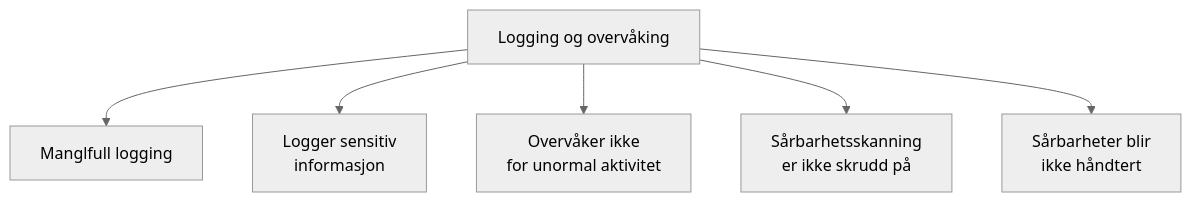
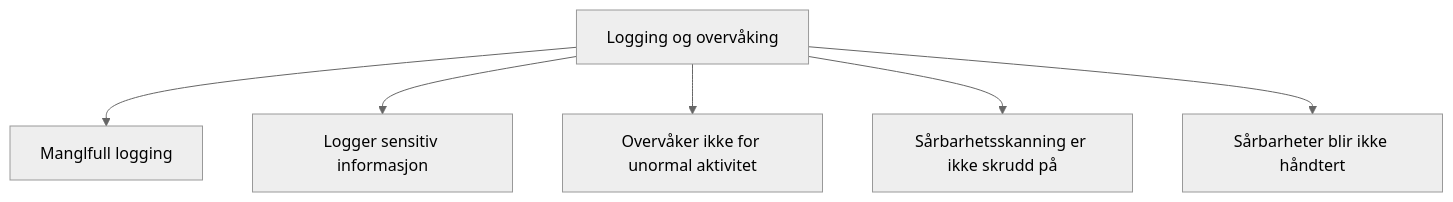
The second of 18 diagrams in docs/08-sikker-utvikling/_saarbarhetstraer.mdx (navikt/security-playbook), drawn with Mermaid (neutral theme) before and after one commit. The commit also changed other lines of this file, not shown here.

````diff
--- a/docs/08-sikker-utvikling/_saarbarhetstraer.mdx
+++ b/docs/08-sikker-utvikling/_saarbarhetstraer.mdx
@@ -29,8 +29,8 @@
 ```mermaid
 graph TD;
     LOGG[Logging og overvåking]-->MANGEL[Manglfull logging];
-    LOGG-->SENS[Logger sensitiv\n informasjon];
-    LOGG-->MON[Overvåker ikke\n for unormal aktivitet];
-    LOGG-->SCAN_AV[Sårbarhetsskanning\n er ikke skrudd på];
-    LOGG-->SCAN_FUNN[Sårbarheter blir\n ikke håndtert];
+    LOGG-->SENS[Logger sensitiv informasjon];
+    LOGG-->MON[Overvåker ikke for unormal aktivitet];
+    LOGG-->SCAN_AV[Sårbarhetsskanning er ikke skrudd på];
+    LOGG-->SCAN_FUNN[Sårbarheter blir ikke håndtert];
 ```
````
